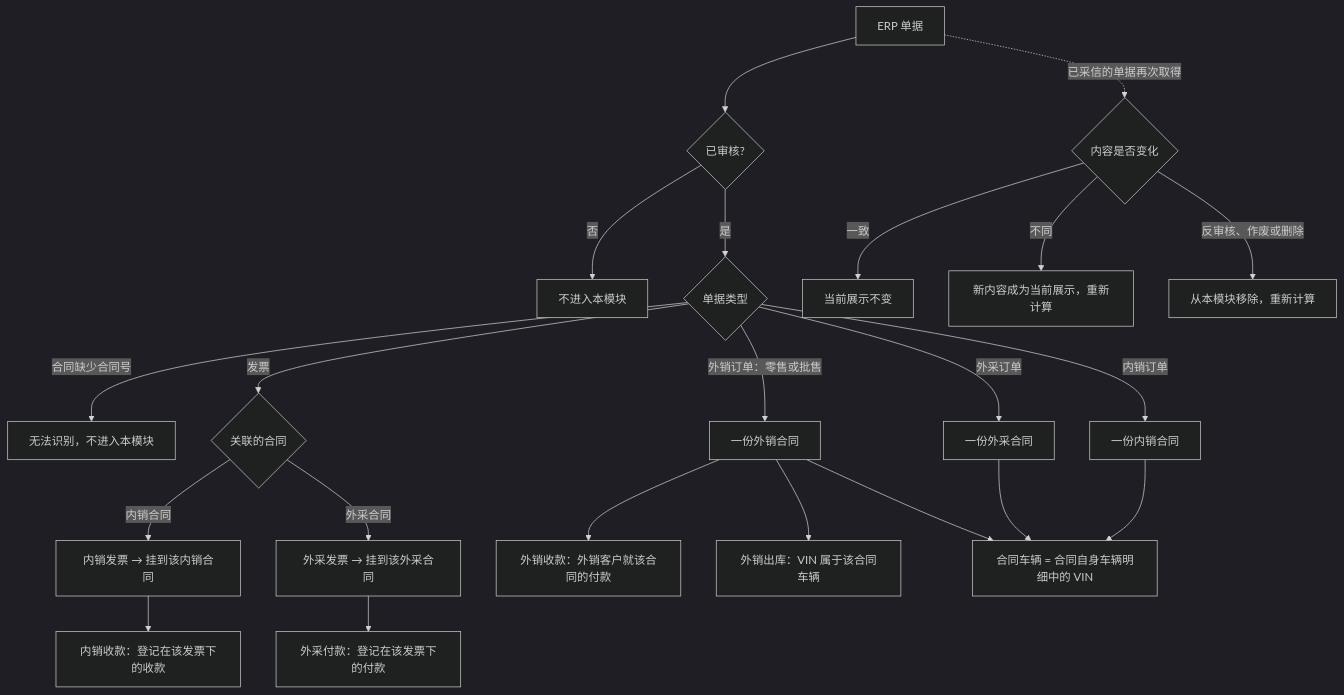
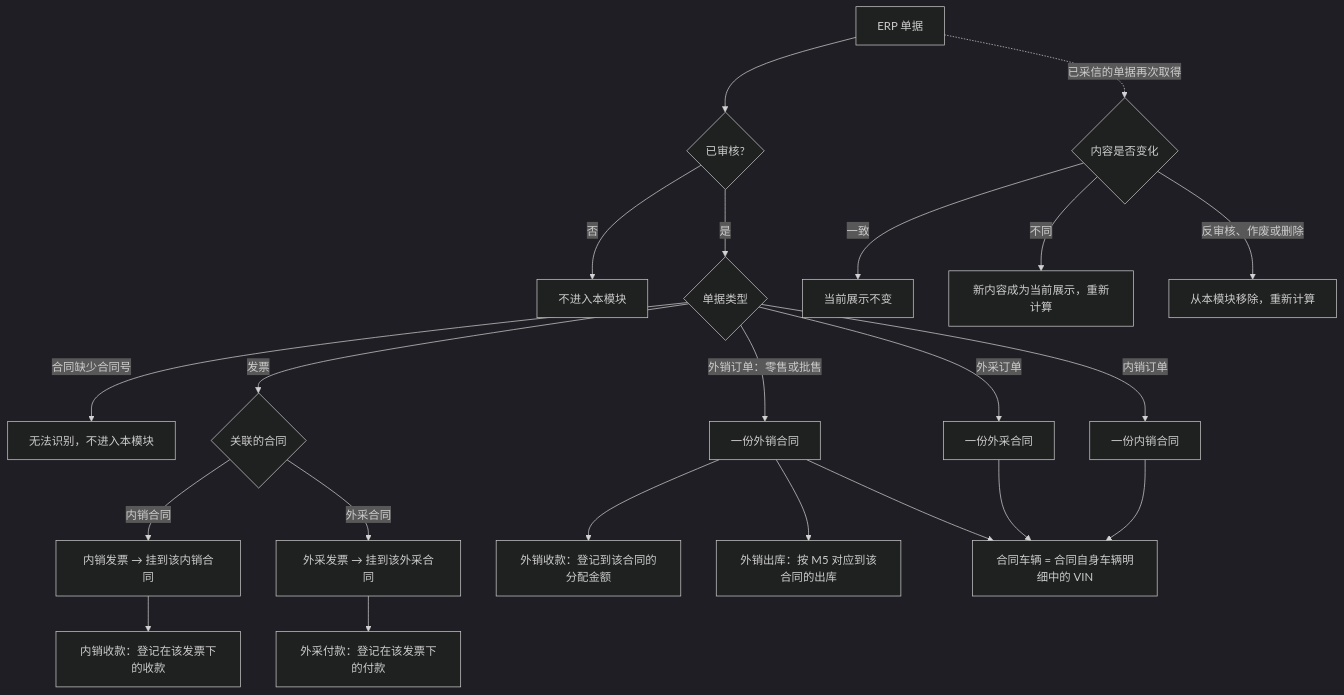
One commit to wxblockchain/Chain-Financing changed the second of 3 diagrams in asset-trust-platform/PRD/运营端/M4-合同信息/02-合同信息-流程图与状态机.md. Above: the diagram before and after it, drawn with Mermaid (dark theme). The commit also changed other lines of this file and 3 other files, not shown here.

````diff
--- a/asset-trust-platform/PRD/运营端/M4-合同信息/02-合同信息-流程图与状态机.md
+++ b/asset-trust-platform/PRD/运营端/M4-合同信息/02-合同信息-流程图与状态机.md
@@ -38,24 +38,24 @@
 ```mermaid
 flowchart TD
     A[ERP 单据] --> B{已审核?}
     B -->|否| X[不进入本模块]
     B -->|是| C{单据类型}
     C -->|合同缺少合同号| X2[无法识别，不进入本模块]
     C -->|内销订单| DC[一份内销合同]
     C -->|外采订单| PC[一份外采合同]
     C -->|外销订单：零售或批售| EC[一份外销合同]
     C -->|发票| PI{关联的合同}
     PI -->|内销合同| DI[内销发票 → 挂到该内销合同]
     PI -->|外采合同| PPI[外采发票 → 挂到该外采合同]
     DI --> DR[内销收款：登记在该发票下的收款]
     PPI --> PP[外采付款：登记在该发票下的付款]
-    EC --> ER[外销收款：外销客户就该合同的付款]
-    EC --> EO[外销出库：VIN 属于该合同车辆]
+    EC --> ER[外销收款：登记到该合同的分配金额]
+    EC --> EO[外销出库：按 M5 对应到该合同的出库]
     DC --> VEH[合同车辆 = 合同自身车辆明细中的 VIN]
     PC --> VEH
     EC --> VEH
     A -. 已采信的单据再次取得 .-> U{内容是否变化}
     U -->|一致| K[当前展示不变]
     U -->|不同| N[新内容成为当前展示，重新计算]
     U -->|反审核、作废或删除| M[从本模块移除，重新计算]
 ```
````
